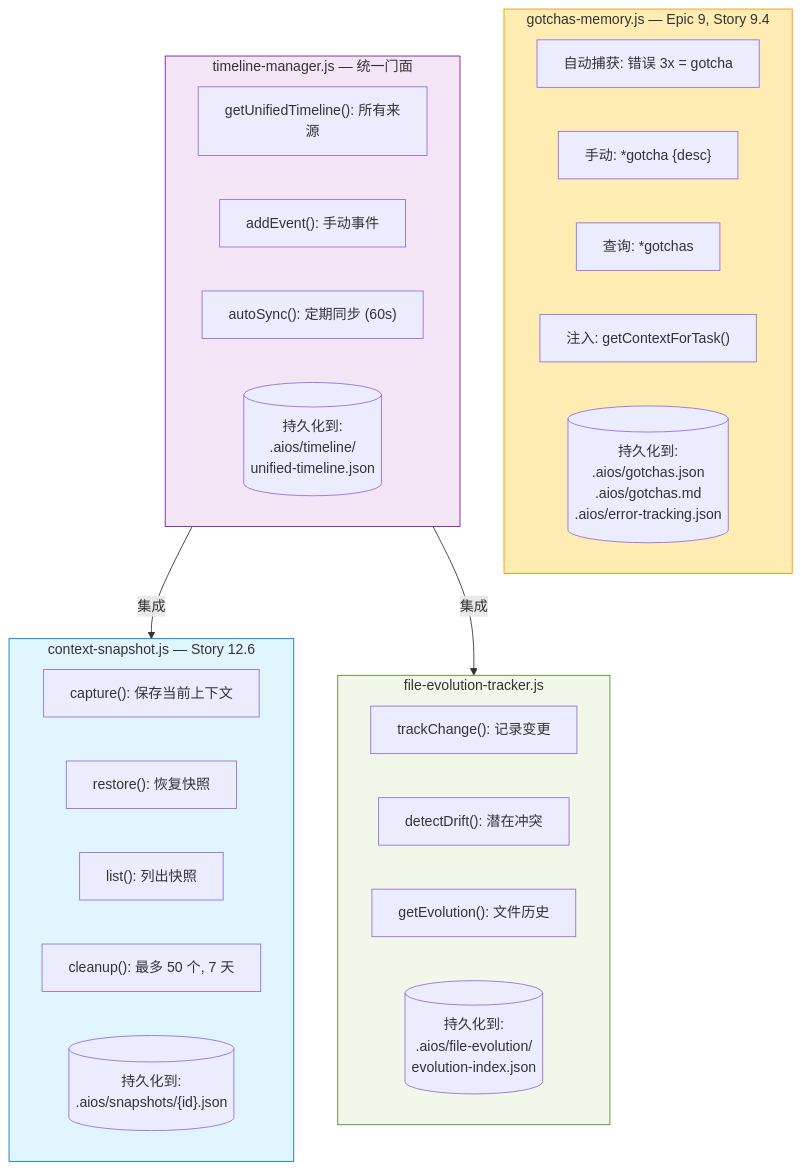
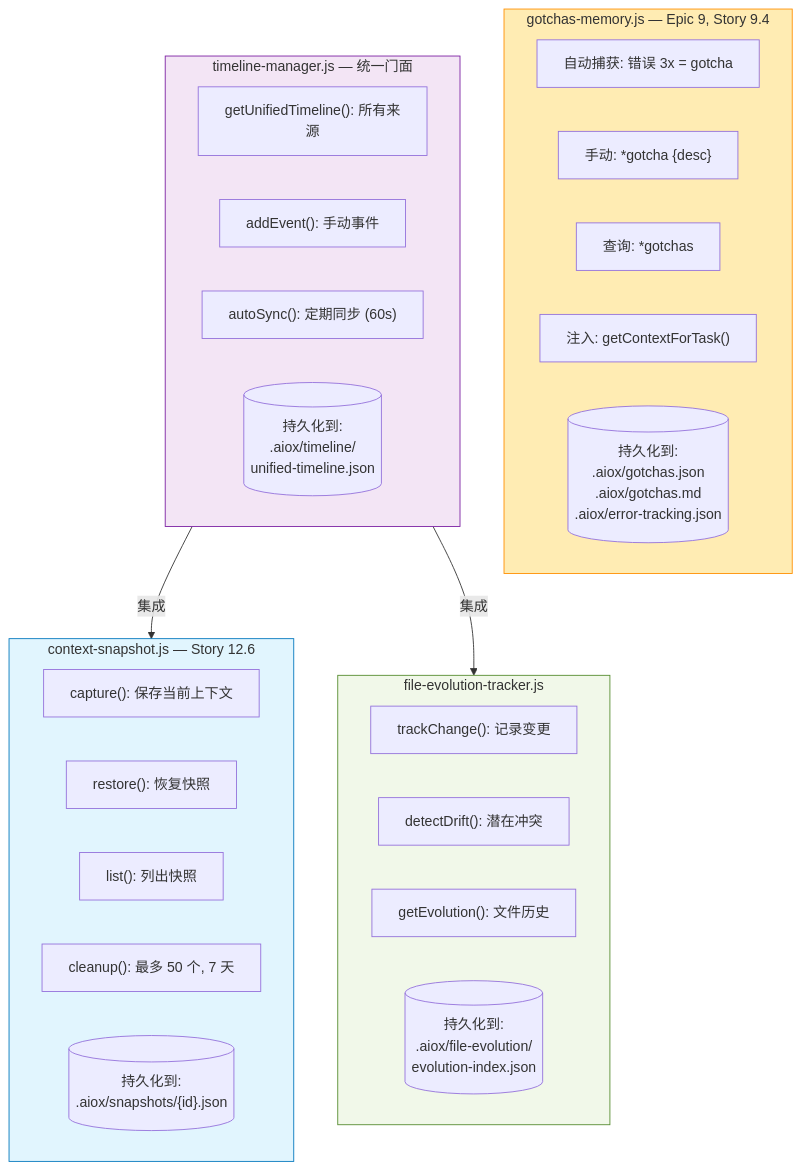
The sixth of 18 diagrams in docs/zh/guides/MEMORY-SYSTEM.md (brunajunckes/aiox-core), drawn with Mermaid before and after one commit. The commit also changed other lines of this file and 3446 other files, not shown here.

First line of the commit message:
chore: rebrand aios → aiox across entire codebase (#552)

````diff
--- a/docs/zh/guides/MEMORY-SYSTEM.md
+++ b/docs/zh/guides/MEMORY-SYSTEM.md
@@ -258,40 +258,40 @@
 ```mermaid
 flowchart TD
     subgraph GOTCHAS["gotchas-memory.js — Epic 9, Story 9.4"]
         G1["自动捕获: 错误 3x = gotcha"]
         G2["手动: *gotcha {desc}"]
         G3["查询: *gotchas"]
         G4["注入: getContextForTask()"]
-        G5[("持久化到:<br/>.aios/gotchas.json<br/>.aios/gotchas.md<br/>.aios/error-tracking.json")]
+        G5[("持久化到:<br/>.aiox/gotchas.json<br/>.aiox/gotchas.md<br/>.aiox/error-tracking.json")]
     end
 
     subgraph SNAPSHOTS["context-snapshot.js — Story 12.6"]
         S1["capture(): 保存当前上下文"]
         S2["restore(): 恢复快照"]
         S3["list(): 列出快照"]
         S4["cleanup(): 最多 50 个, 7 天"]
-        S5[("持久化到:<br/>.aios/snapshots/{id}.json")]
+        S5[("持久化到:<br/>.aiox/snapshots/{id}.json")]
     end
 
     subgraph FILE_EVO["file-evolution-tracker.js"]
         F1["trackChange(): 记录变更"]
         F2["detectDrift(): 潜在冲突"]
         F3["getEvolution(): 文件历史"]
-        F4[("持久化到:<br/>.aios/file-evolution/<br/>evolution-index.json")]
+        F4[("持久化到:<br/>.aiox/file-evolution/<br/>evolution-index.json")]
     end
 
     subgraph TIMELINE_MGR["timeline-manager.js — 统一门面"]
         T1["getUnifiedTimeline(): 所有来源"]
         T2["addEvent(): 手动事件"]
         T3["autoSync(): 定期同步 (60s)"]
-        T4[("持久化到:<br/>.aios/timeline/<br/>unified-timeline.json")]
+        T4[("持久化到:<br/>.aiox/timeline/<br/>unified-timeline.json")]
     end
 
     TIMELINE_MGR -->|"集成"| SNAPSHOTS
     TIMELINE_MGR -->|"集成"| FILE_EVO
 
     style GOTCHAS fill:#FFECB3,stroke:#FF8F00
     style SNAPSHOTS fill:#E1F5FE,stroke:#0277BD
     style FILE_EVO fill:#F1F8E9,stroke:#558B2F
     style TIMELINE_MGR fill:#F3E5F5,stroke:#7B1FA2
 ```
````
